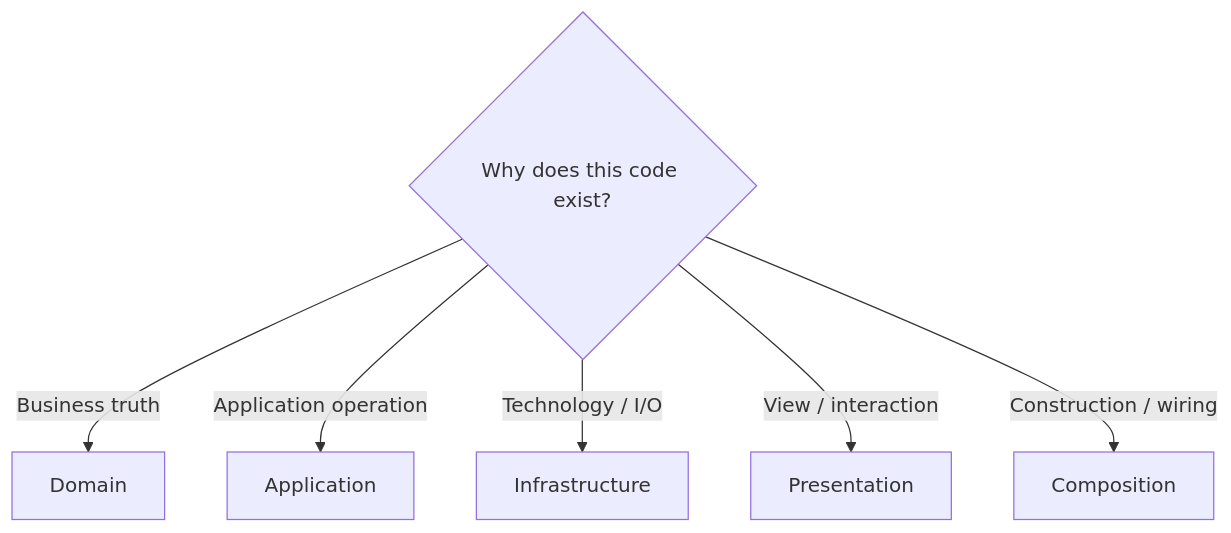
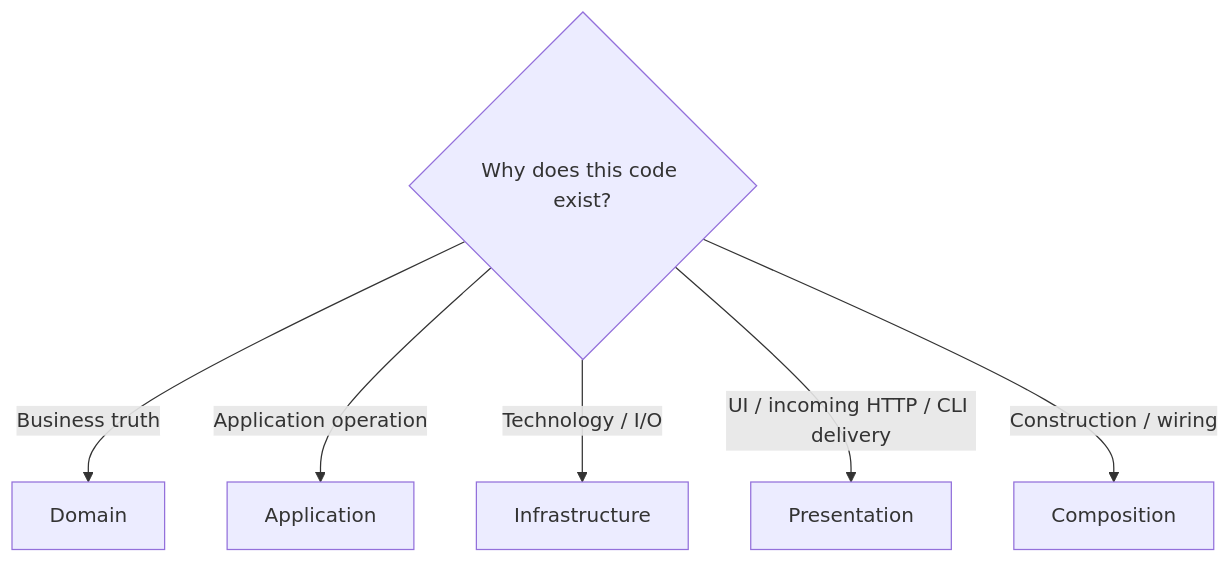
Before and after one commit to AndresTaoFlorez/software-architecture: the fourth of 7 diagrams in onion-architecture/README.md, drawn with Mermaid. The commit also changed other lines of this file and 20 other files, not shown here.

````diff
--- a/onion-architecture/README.md
+++ b/onion-architecture/README.md
@@ -165,9 +165,9 @@
 ```mermaid
 flowchart TD
     Q{"Why does this code exist?"}
     Q -->|"Business truth"| D["Domain"]
     Q -->|"Application operation"| A["Application"]
     Q -->|"Technology / I/O"| I["Infrastructure"]
-    Q -->|"View / interaction"| P["Presentation"]
+    Q -->|"UI / incoming HTTP / CLI delivery"| P["Presentation"]
     Q -->|"Construction / wiring"| C["Composition"]
 ```
````
